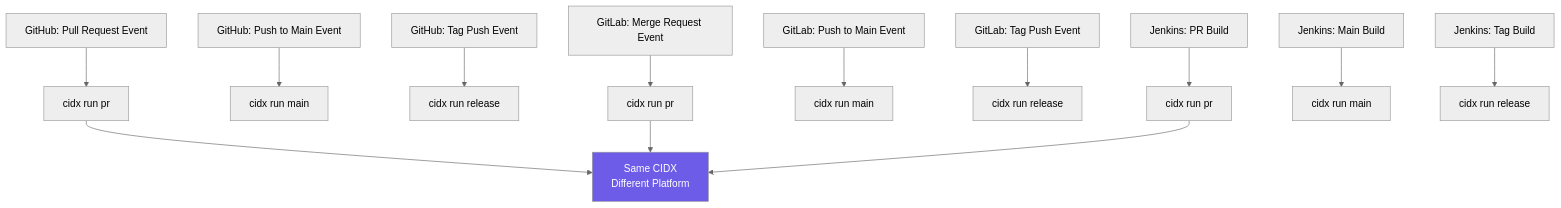
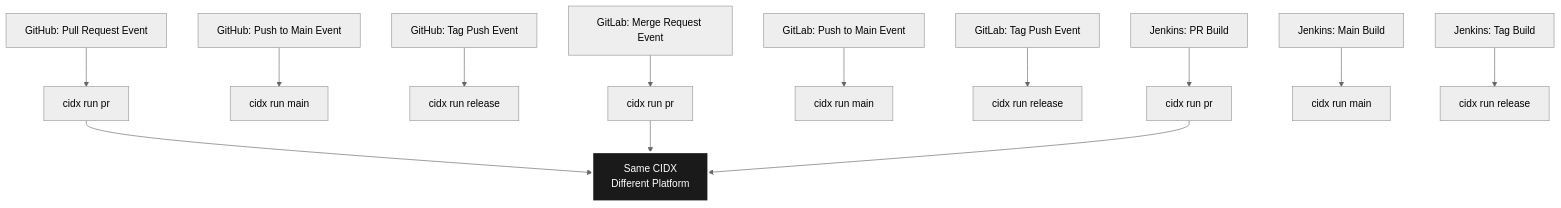
The sixth of 6 diagrams in docs/devops-integration.md (cidx-org/cidx), drawn with Mermaid (neutral theme) before and after one commit. The commit also changed other lines of this file and 20 other files, not shown here.

````diff
--- a/docs/devops-integration.md
+++ b/docs/devops-integration.md
@@ -198,32 +265,32 @@
 ```mermaid
 flowchart TB
     GH_PR[GitHub: Pull Request Event]
     GH_MAIN[GitHub: Push to Main Event]
     GH_TAG[GitHub: Tag Push Event]
 
     GL_MR[GitLab: Merge Request Event]
     GL_MAIN[GitLab: Push to Main Event]
     GL_TAG[GitLab: Tag Push Event]
 
     JE_PR[Jenkins: PR Build]
     JE_MAIN[Jenkins: Main Build]
     JE_TAG[Jenkins: Tag Build]
 
     GH_PR --> GH_PR_JOB[cidx run pr]
     GH_MAIN --> GH_MAIN_JOB[cidx run main]
     GH_TAG --> GH_TAG_JOB[cidx run release]
 
     GL_MR --> GL_MR_JOB[cidx run pr]
     GL_MAIN --> GL_MAIN_JOB[cidx run main]
     GL_TAG --> GL_TAG_JOB[cidx run release]
 
     JE_PR --> JE_PR_JOB[cidx run pr]
     JE_MAIN --> JE_MAIN_JOB[cidx run main]
     JE_TAG --> JE_TAG_JOB[cidx run release]
 
-    GH_PR_JOB --> SAME[Same CIDX\nDifferent Platform]
+    GH_PR_JOB --> SAME["Same CIDX<br/>Different Platform"]
     GL_MR_JOB --> SAME
     JE_PR_JOB --> SAME
 
-    style SAME fill:#6c5ce7,color:#fff
+    style SAME fill:#1a1a1a,stroke:#fff,stroke-width:3px,color:#fff
 ```
````
